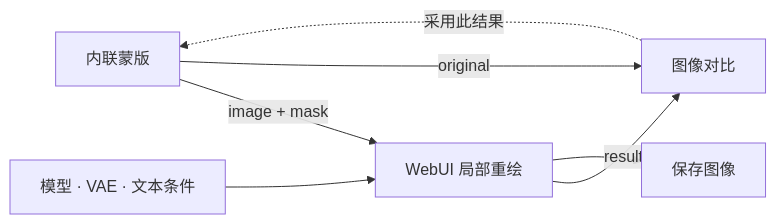
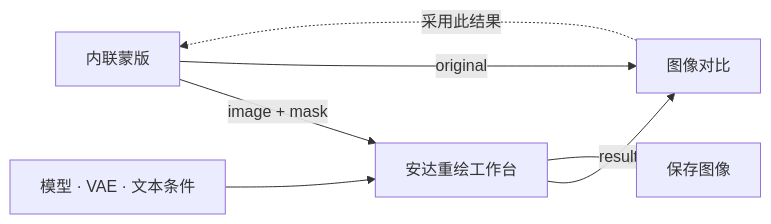
The diagram in README.zh-CN.md (adachi0130/Adachi-Inpaint-Workbench), drawn with Mermaid before and after one commit. The commit also changed other lines of this file and 10 other files, not shown here.

````diff
--- a/README.zh-CN.md
+++ b/README.zh-CN.md
@@ -161,9 +161,9 @@
 ```mermaid
 flowchart LR
-    Source[内联蒙版] -->|image + mask| Inpaint[WebUI 局部重绘]
+    Source[内联蒙版] -->|image + mask| Inpaint[安达重绘工作台]
     Inputs[模型 · VAE · 文本条件] --> Inpaint
     Source -->|original| Compare[图像对比]
     Inpaint -->|result| Compare
     Inpaint --> Save[保存图像]
     Compare -. 采用此结果 .-> Source
 ```
````
